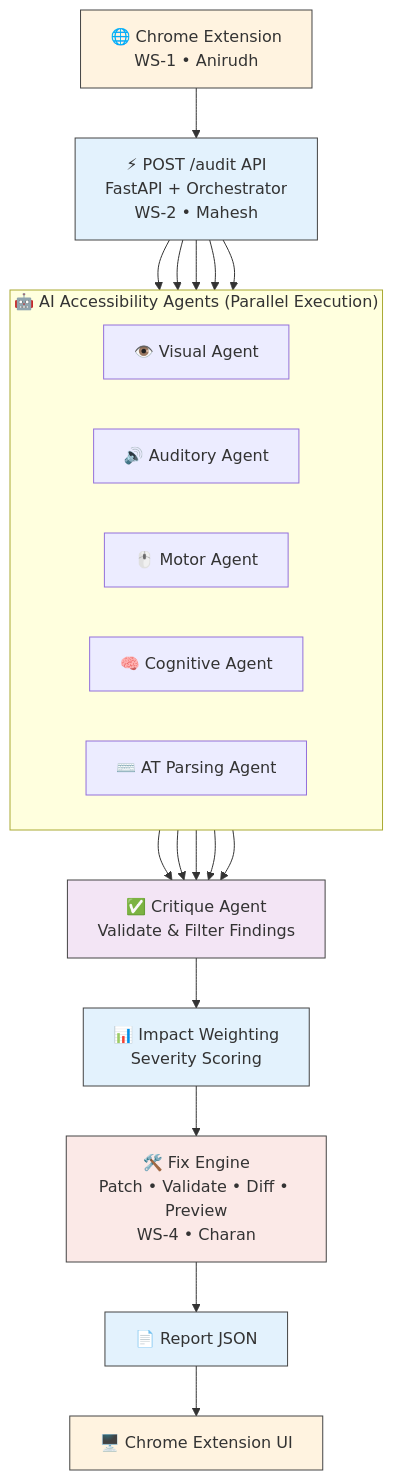
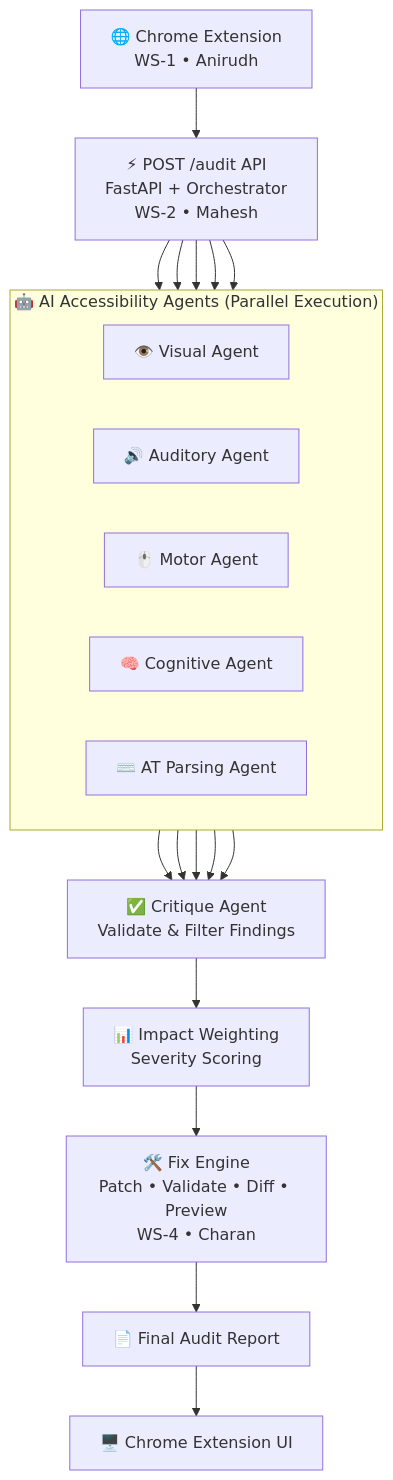
The diagram in README.md (sreeks7675/AccessAI), drawn with Mermaid before and after one commit. The commit also changed other lines of this file, not shown here.

````diff
--- a/README.md
+++ b/README.md
@@ -11,49 +11,40 @@
 ```mermaid
 flowchart TD
 
 A["🌐 Chrome Extension<br/>WS-1 • Anirudh"]
 
 A --> B["⚡ POST /audit API<br/>FastAPI + Orchestrator<br/>WS-2 • Mahesh"]
 
 subgraph AG["🤖 AI Accessibility Agents (Parallel Execution)"]
-
 direction LR
 
 V["👁️ Visual Agent"]
 AU["🔊 Auditory Agent"]
 M["🖱️ Motor Agent"]
 C["🧠 Cognitive Agent"]
 AT["⌨️ AT Parsing Agent"]
 
 end
 
 B --> V
 B --> AU
 B --> M
 B --> C
 B --> AT
 
 V --> CR
 AU --> CR
 M --> CR
 C --> CR
 AT --> CR
 
 CR["✅ Critique Agent<br/>Validate & Filter Findings"]
 
 CR --> IW["📊 Impact Weighting<br/>Severity Scoring"]
 
 IW --> FE["🛠️ Fix Engine<br/>Patch • Validate • Diff • Preview<br/>WS-4 • Charan"]
 
-FE --> RJ["📄 Report JSON"]
+FE --> RJ["📄 Final Audit Report"]
 
 RJ --> UI["🖥️ Chrome Extension UI"]
-
-style A fill:#FFF3E0,stroke:#444
-style B fill:#E3F2FD,stroke:#444
-style CR fill:#F3E5F5,stroke:#444
-style IW fill:#E3F2FD,stroke:#444
-style FE fill:#FBE9E7,stroke:#444
-style RJ fill:#E3F2FD,stroke:#444
-style UI fill:#FFF3E0,stroke:#444
 ```
````
